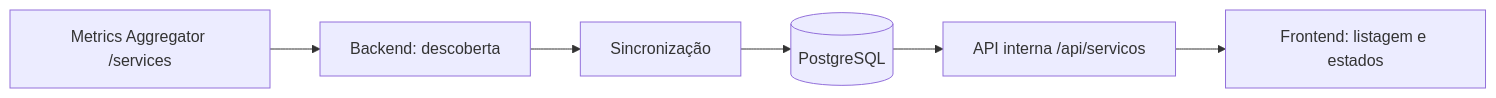
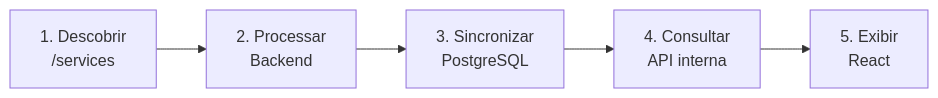
The second of 2 diagrams in docs/sprints/sprint-1.md (let-zapplin/GreenER), drawn with Mermaid before and after one commit. The commit also changed other lines of this file, not shown here.

````diff
--- a/docs/sprints/sprint-1.md
+++ b/docs/sprints/sprint-1.md
@@ -12,8 +65,7 @@
 ```mermaid
 flowchart LR
- A[Metrics Aggregator /services] --> B[Backend: descoberta]
- B --> C[Sincronização]
- C --> D[(PostgreSQL)]
- D --> E[API interna /api/servicos]
- E --> F[Frontend: listagem e estados]
+    A[1. Descobrir<br/>/services] --> B[2. Processar<br/>Backend]
+    B --> C[3. Sincronizar<br/>PostgreSQL]
+    C --> D[4. Consultar<br/>API interna]
+    D --> E[5. Exibir<br/>React]
 ```
````
